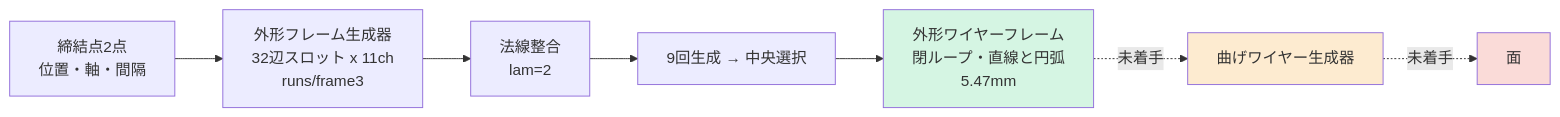
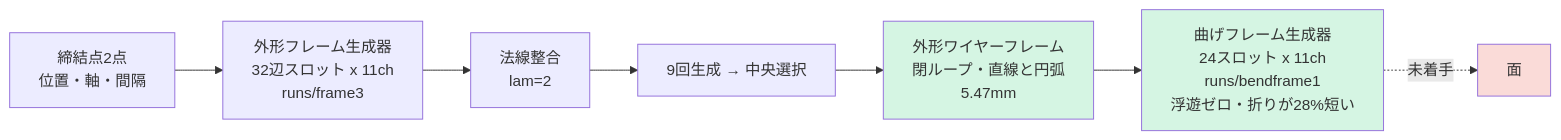
One commit to hidehikofukaya/AutoMetalSheet changed the diagram in docs/KB/00_INDEX.md. Above: the diagram before and after it, drawn with Mermaid. The commit also changed other lines of this file and 1 other file, not shown here.

````diff
--- a/docs/KB/00_INDEX.md
+++ b/docs/KB/00_INDEX.md
@@ -35,13 +36,13 @@
 ```mermaid
 flowchart LR
     A["締結点2点<br/>位置・軸・間隔"] --> B["外形フレーム生成器<br/>32辺スロット x 11ch<br/>runs/frame3"]
     B --> C["法線整合<br/>lam=2"]
     C --> D["9回生成 → 中央選択"]
     D --> E["外形ワイヤーフレーム<br/>閉ループ・直線と円弧<br/>5.47mm"]
-    E -.未着手.-> F["曲げワイヤー生成器"]
+    E --> F["曲げフレーム生成器<br/>24スロット x 11ch<br/>runs/bendframe1<br/>浮遊ゼロ・折りが28%短い"]
     F -.未着手.-> G["面"]
 
     style E fill:#d5f5e3
-    style F fill:#fdebd0
+    style F fill:#d5f5e3
     style G fill:#fadbd8
 ```
````
